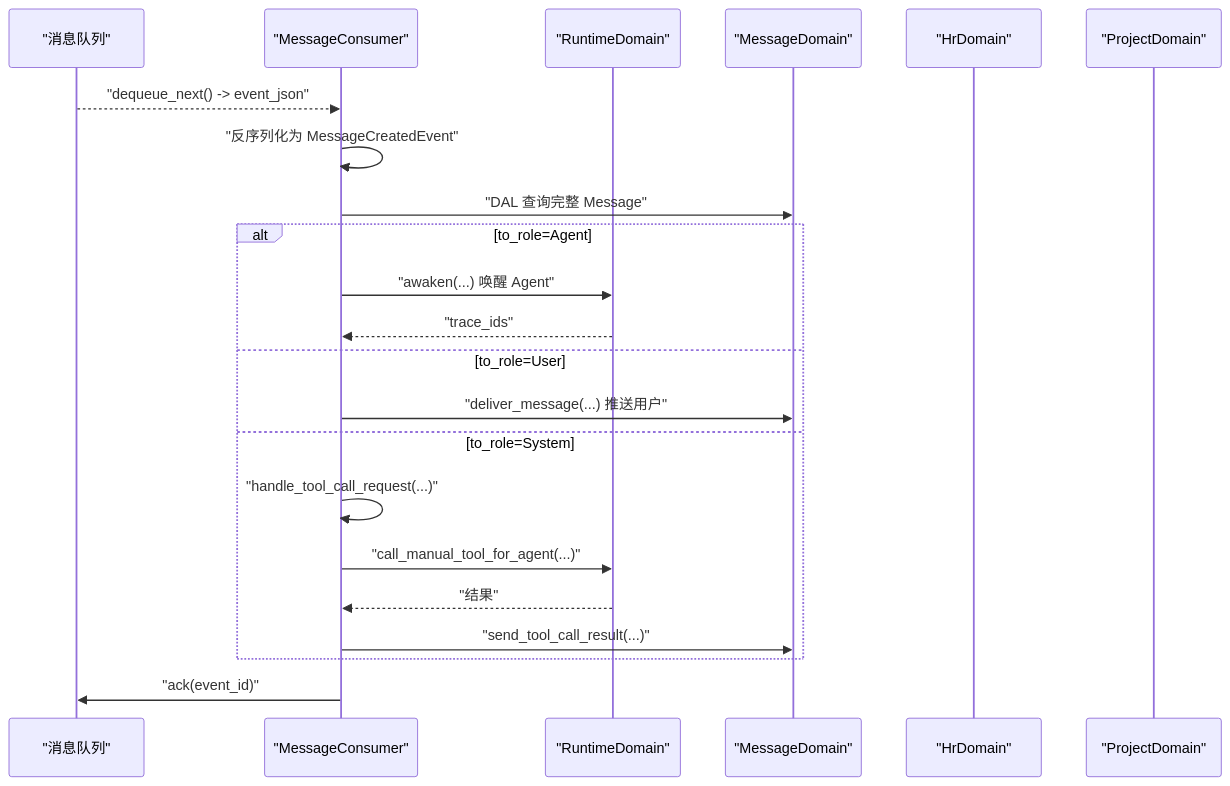
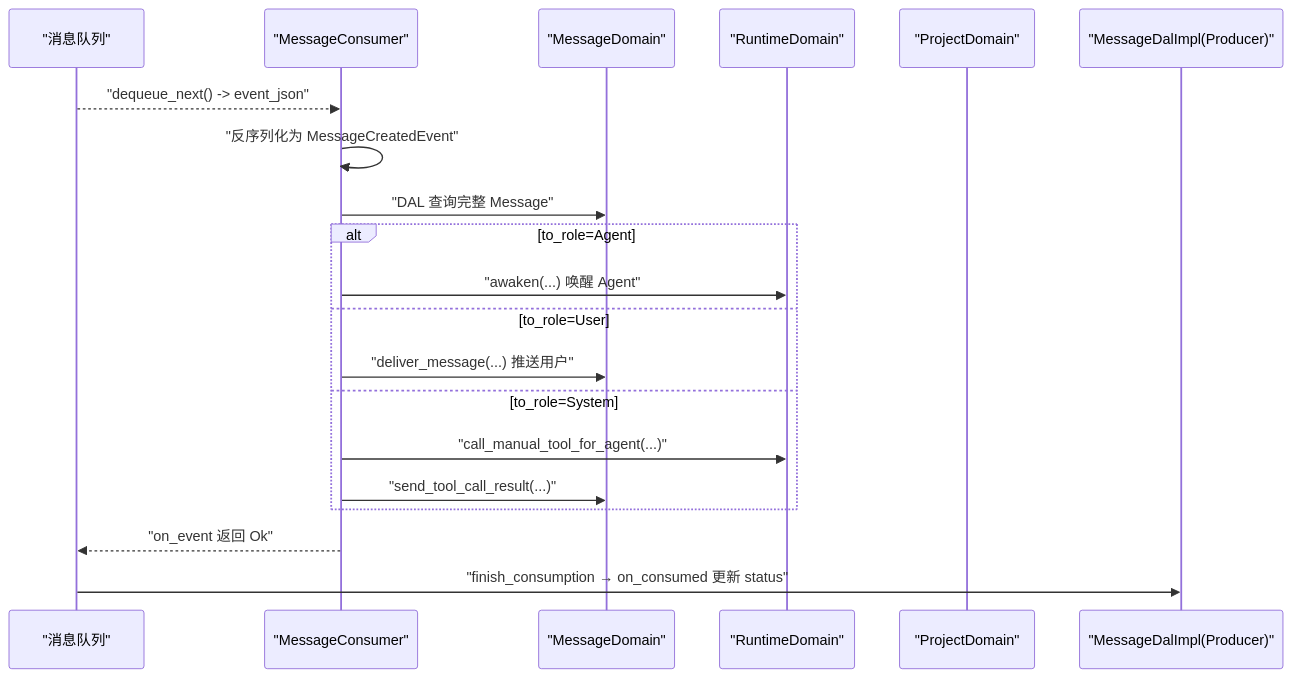
The sixth of 7 diagrams in docs/wiki/zh/content/核心模块/AOP 事件系统/核心概念与架构.md (runningcoders/ai_orz), drawn with Mermaid before and after one commit. The commit also changed other lines of this file and 37 other files, not shown here.

````diff
--- a/docs/wiki/zh/content/核心模块/AOP 事件系统/核心概念与架构.md
+++ b/docs/wiki/zh/content/核心模块/AOP 事件系统/核心概念与架构.md
@@ -280,24 +283,22 @@
 ```mermaid
 sequenceDiagram
 participant MQ as "消息队列"
 participant MC as "MessageConsumer"
+participant MD as "MessageDomain"
 participant RD as "RuntimeDomain"
-participant MD as "MessageDomain"
-participant HD as "HrDomain"
 participant PD as "ProjectDomain"
+participant DAL as "MessageDalImpl(Producer)"
 MQ-->>MC : "dequeue_next() -> event_json"
 MC->>MC : "反序列化为 MessageCreatedEvent"
 MC->>MD : "DAL 查询完整 Message"
 alt to_role=Agent
 MC->>RD : "awaken(...) 唤醒 Agent"
-RD-->>MC : "trace_ids"
 else to_role=User
 MC->>MD : "deliver_message(...) 推送用户"
 else to_role=System
-MC->>MC : "handle_tool_call_request(...)"
 MC->>RD : "call_manual_tool_for_agent(...)"
-RD-->>MC : "结果"
 MC->>MD : "send_tool_call_result(...)"
 end
-MC->>MQ : "ack(event_id)"
+MC-->>MQ : "on_event 返回 Ok"
+MQ->>DAL : "finish_consumption → on_consumed 更新 status"
 ```
````
